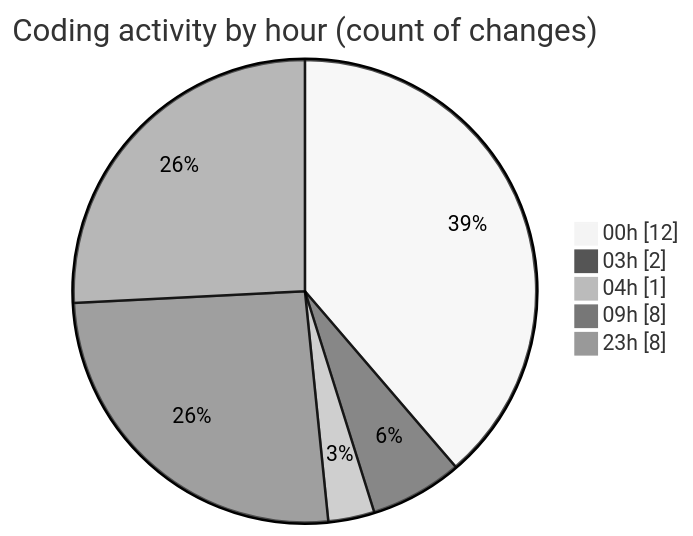
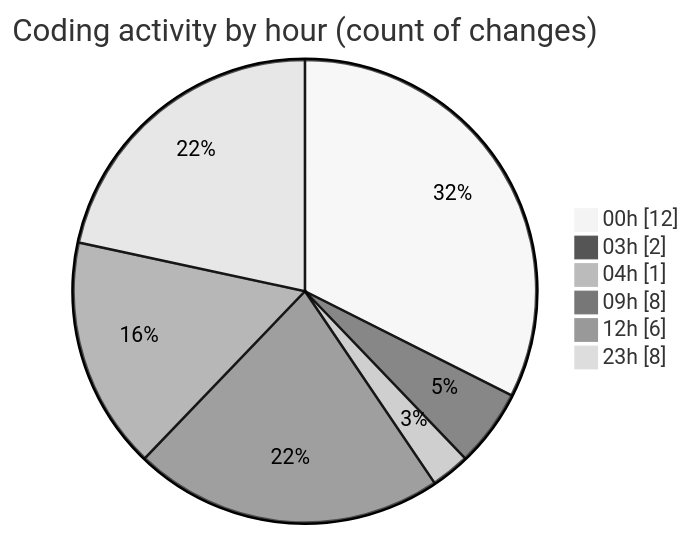
The second of 2 diagrams in 2025-11-18/cdp_aleoudev_fr__workspace_/README.md (julien-gomy/code-tracking), drawn with Mermaid (neutral theme) before and after one commit. The commit also changed other lines of this file and 1 other file, not shown here.

````diff
--- a/2025-11-18/cdp_aleoudev_fr__workspace_/README.md
+++ b/2025-11-18/cdp_aleoudev_fr__workspace_/README.md
@@ -37,9 +37,10 @@
 ```mermaid
 pie showData
 title Coding activity by hour (count of changes)
 "00h" : 12
 "03h" : 2
 "04h" : 1
 "09h" : 8
+"12h" : 6
 "23h" : 8
 ```
````
